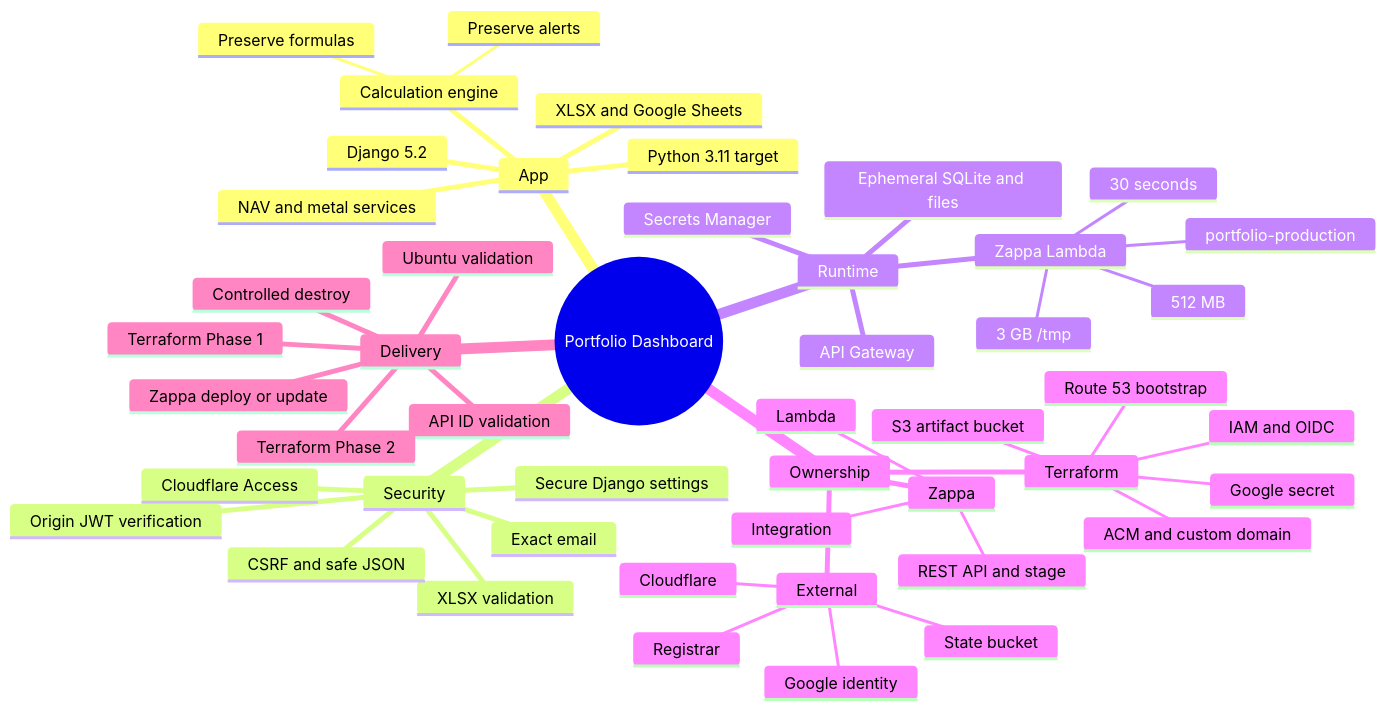
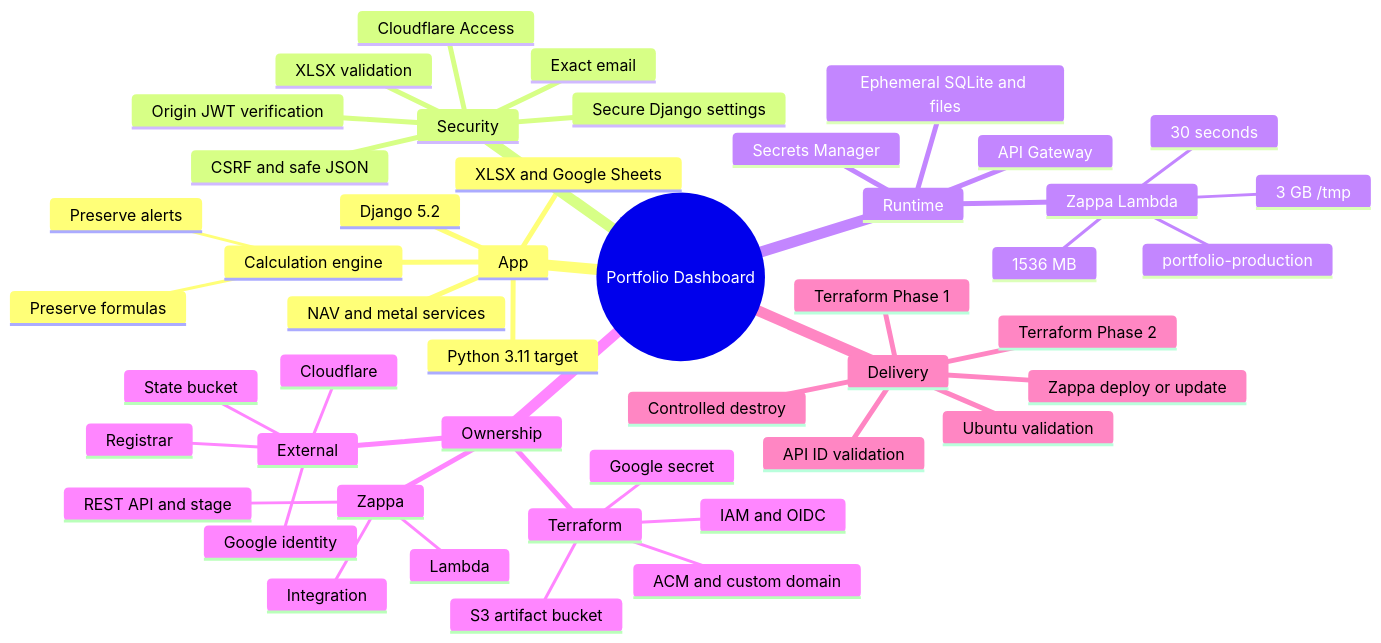
Before and after one commit to praveenkumarv-github/portfolio: the diagram in AI_CONTEXT.md, drawn with Mermaid. The commit also changed other lines of this file and 25 other files, not shown here.

````diff
--- a/AI_CONTEXT.md
+++ b/AI_CONTEXT.md
@@ -119,51 +120,50 @@
 ```mermaid
 mindmap
   root((Portfolio Dashboard))
     App
       Django 5.2
       Python 3.11 target
       XLSX and Google Sheets
       NAV and metal services
       Calculation engine
         Preserve formulas
         Preserve alerts
     Security
       Cloudflare Access
       Origin JWT verification
       Exact email
       Secure Django settings
       XLSX validation
       CSRF and safe JSON
     Runtime
       API Gateway
       Zappa Lambda
         portfolio-production
-        512 MB
+        1536 MB
         30 seconds
         3 GB /tmp
       Secrets Manager
       Ephemeral SQLite and files
     Ownership
       Terraform
         ACM and custom domain
-        Route 53 bootstrap
         IAM and OIDC
         S3 artifact bucket
         Google secret
       Zappa
         Lambda
         REST API and stage
         Integration
       External
         State bucket
         Cloudflare
         Registrar
         Google identity
     Delivery
       Ubuntu validation
       Terraform Phase 1
       Zappa deploy or update
       API ID validation
       Terraform Phase 2
       Controlled destroy
 ```
````
